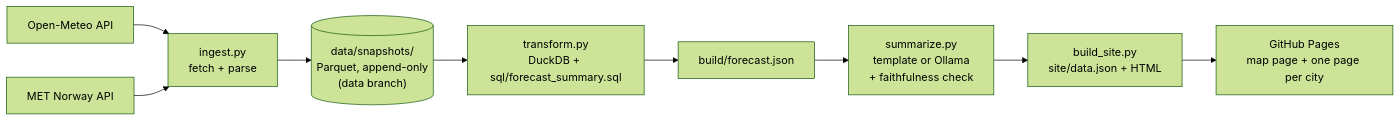
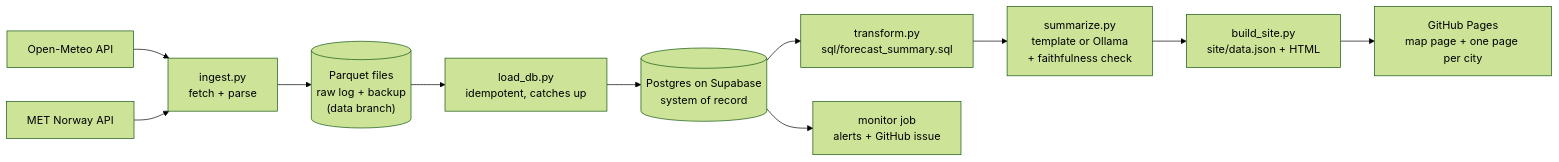
The diagram in README.md (Petercerny/rain-forecast-cz), drawn with Mermaid (forest theme) before and after one commit. The commit also changed other lines of this file and 25 other files, not shown here.

````diff
--- a/README.md
+++ b/README.md
@@ -17,11 +17,13 @@
 ```mermaid
 flowchart LR
     A[Open-Meteo API] --> I
     B[MET Norway API] --> I
-    I["ingest.py<br/>fetch + parse"] --> S[("data/snapshots/<br/>Parquet, append-only<br/>(data branch)")]
-    S --> T["transform.py<br/>DuckDB + sql/forecast_summary.sql"]
-    T --> F[build/forecast.json]
-    F --> M["summarize.py<br/>template or Ollama<br/>+ faithfulness check"]
+    I["ingest.py<br/>fetch + parse"] --> S[("Parquet files<br/>raw log + backup<br/>(data branch)")]
+    S --> L["load_db.py<br/>idempotent, catches up"]
+    L --> D[("Postgres on Supabase<br/>system of record")]
+    D --> T["transform.py<br/>sql/forecast_summary.sql"]
+    T --> M["summarize.py<br/>template or Ollama<br/>+ faithfulness check"]
     M --> W["build_site.py<br/>site/data.json + HTML"]
     W --> P["GitHub Pages<br/>map page + one page per city"]
+    D --> N["monitor job<br/>alerts + GitHub issue"]
 ```
````
